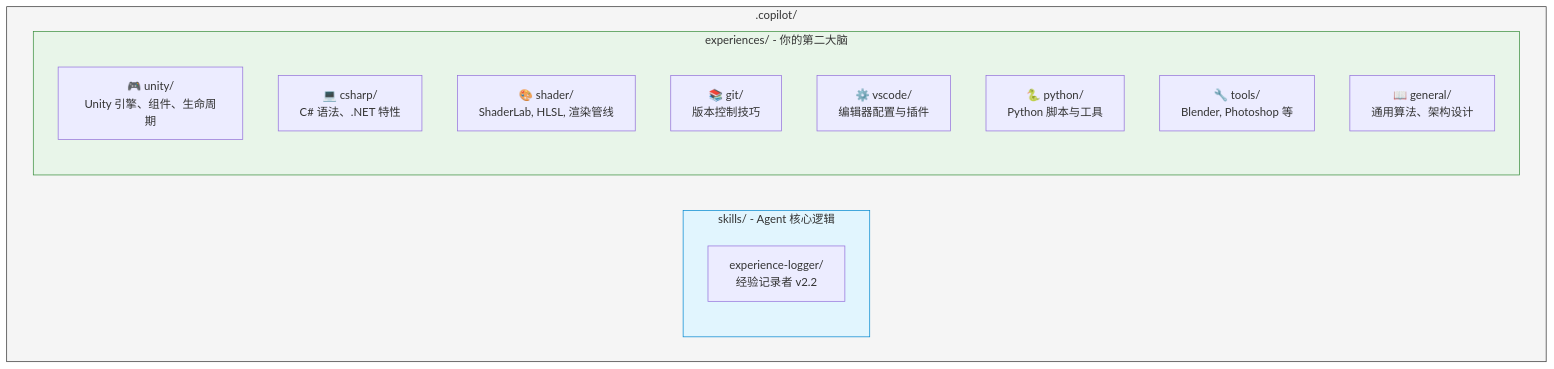
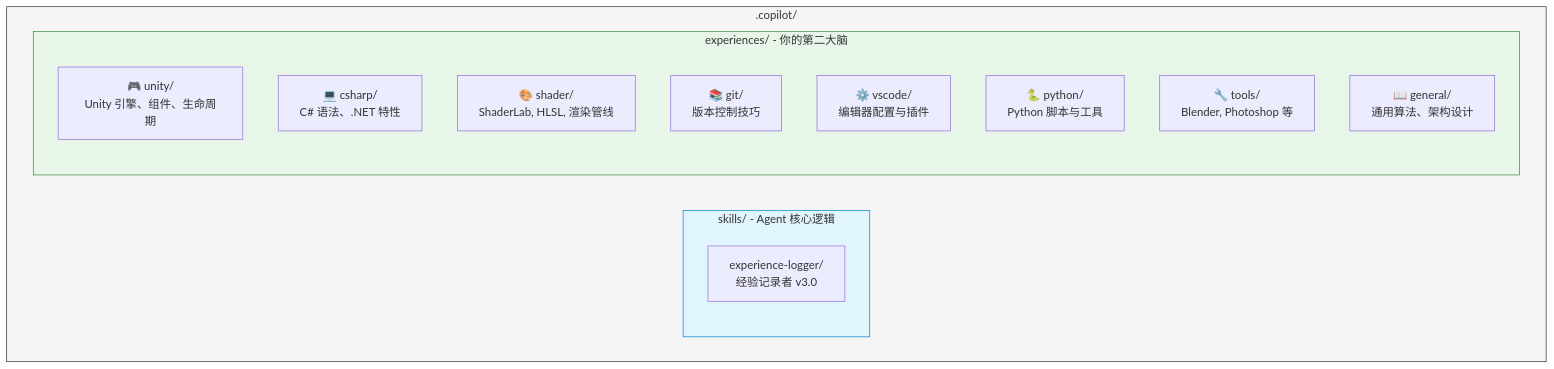
One commit to KTSAMA001/KT-s-Agent-Skills changed the sixth of 7 diagrams in README.md. Above: the diagram before and after it, drawn with Mermaid. The commit also changed other lines of this file, not shown here.

````diff
--- a/README.md
+++ b/README.md
@@ -125,23 +190,23 @@
 ```mermaid
 graph TD
     subgraph Root[".copilot/"]
         subgraph Skills["skills/ - Agent 核心逻辑"]
-            EL["experience-logger/<br/>经验记录者 v2.2"]
+            EL["experience-logger/<br/>经验记录者 v3.0"]
         end
         
         subgraph Experiences["experiences/ - 你的第二大脑"]
             Unity["🎮 unity/<br/>Unity 引擎、组件、生命周期"]
             CSharp["💻 csharp/<br/>C# 语法、.NET 特性"]
             Shader["🎨 shader/<br/>ShaderLab, HLSL, 渲染管线"]
             Git["📚 git/<br/>版本控制技巧"]
             VSCode["⚙️ vscode/<br/>编辑器配置与插件"]
             Python["🐍 python/<br/>Python 脚本与工具"]
             Tools["🔧 tools/<br/>Blender, Photoshop 等"]
             General["📖 general/<br/>通用算法、架构设计"]
         end
     end
     
     style Root fill:#f5f5f5,stroke:#333
     style Skills fill:#e1f5fe,stroke:#0288d1
     style Experiences fill:#e8f5e9,stroke:#388e3c
 ```
````
